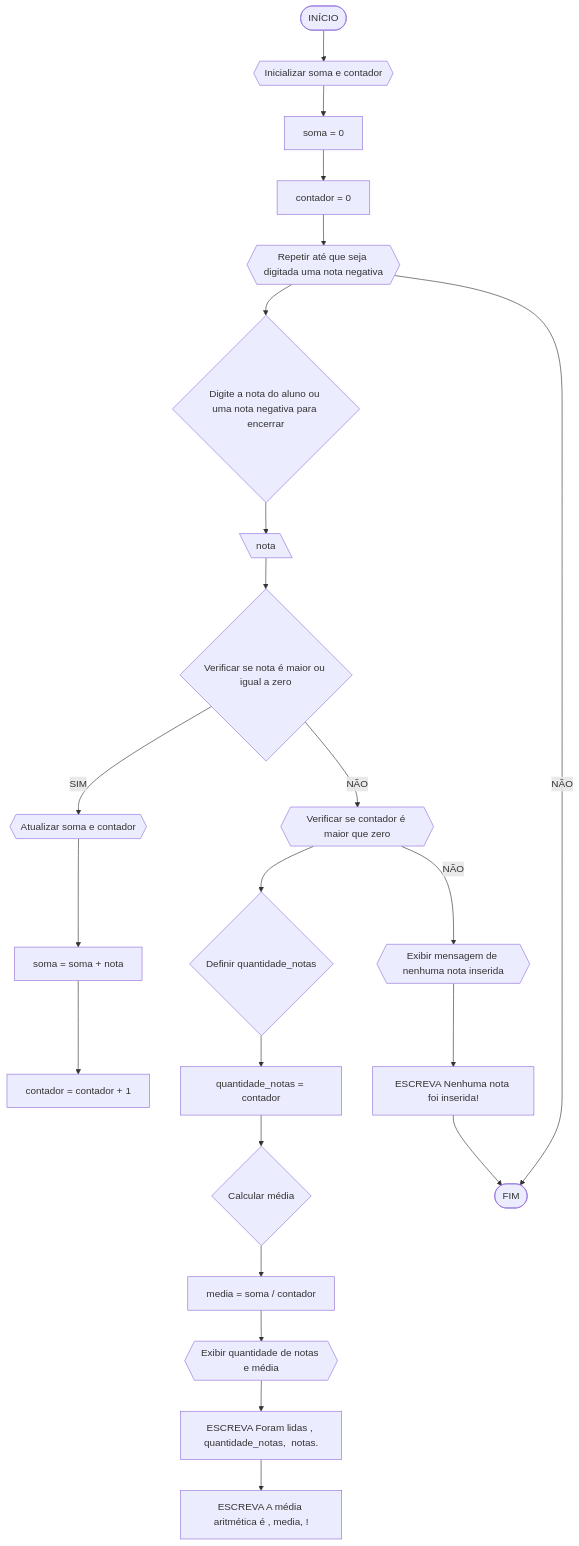
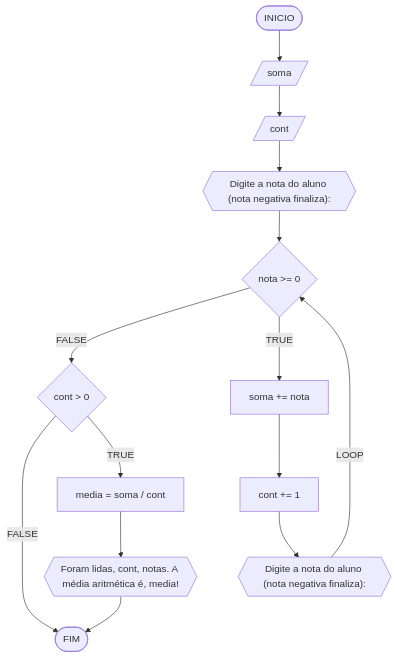
Before and after one commit to rineesousa/unifor: the seventh of 7 diagrams in RLA/lista de exercicio 3.md, drawn with Mermaid. The commit also changed other lines of this file, not shown here.

````diff
--- a/RLA/lista de exercicio 3.md
+++ b/RLA/lista de exercicio 3.md
@@ -180,25 +350,16 @@
 ```mermaid
 flowchart TD
-A([INÍCIO]) --> B{{Inicializar soma e contador}}
-B --> C[soma = 0]
-C --> D[contador = 0]
-D --> E{{Repetir até que seja digitada uma nota negativa}}
-E --> F{Digite a nota do aluno ou uma nota negativa para encerrar}
-F --> G[\nota\]
-G --> H{Verificar se nota é maior ou igual a zero}
-H -- SIM --> I{{Atualizar soma e contador}}
-I --> J[soma = soma + nota]
-J --> K[contador = contador + 1]
-H -- NÃO --> L{{Verificar se contador é maior que zero}}
-L --> M{Definir quantidade_notas}
-M --> N[quantidade_notas = contador]
-N --> O{Calcular média}
-O --> P[media = soma / contador]
-P --> Q{{Exibir quantidade de notas e média}}
-Q --> R[ESCREVA Foram lidas , quantidade_notas,  notas.]
-R --> S[ESCREVA A média aritmética é , media, !]
-L -- NÃO --> T{{Exibir mensagem de nenhuma nota inserida}}
-T --> U[ESCREVA Nenhuma nota foi inserida!]
-U --> V([FIM])
-E -- NÃO --> V
+A([INICIO]) --> B[/soma/]
+B --> C[/cont/]
+C --> D{{"Digite a nota do aluno (nota negativa finaliza): "}}
+D --> E{nota >= 0}
+E --FALSE--> F{cont > 0}
+F --FALSE--> Z([FIM]) 
+F --TRUE--> G[media = soma / cont]
+G --> H{{Foram lidas, cont, notas. A média aritmética é, media!}}
+H --> Z
+E --TRUE--> I[soma += nota]
+I --> J[cont += 1]
+J --> K{{"Digite a nota do aluno (nota negativa finaliza): "}}
+K --LOOP-->  E
 ```
````
